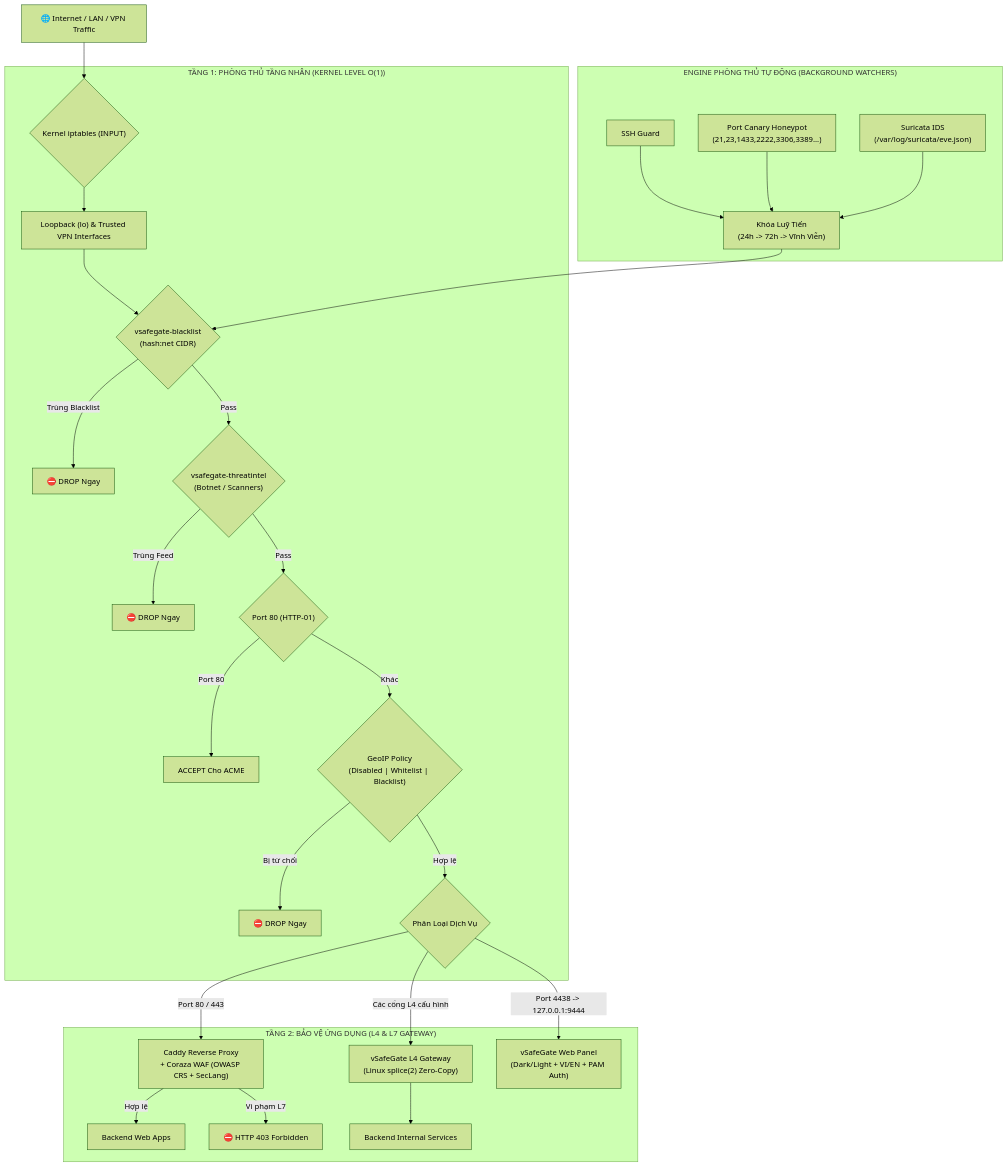
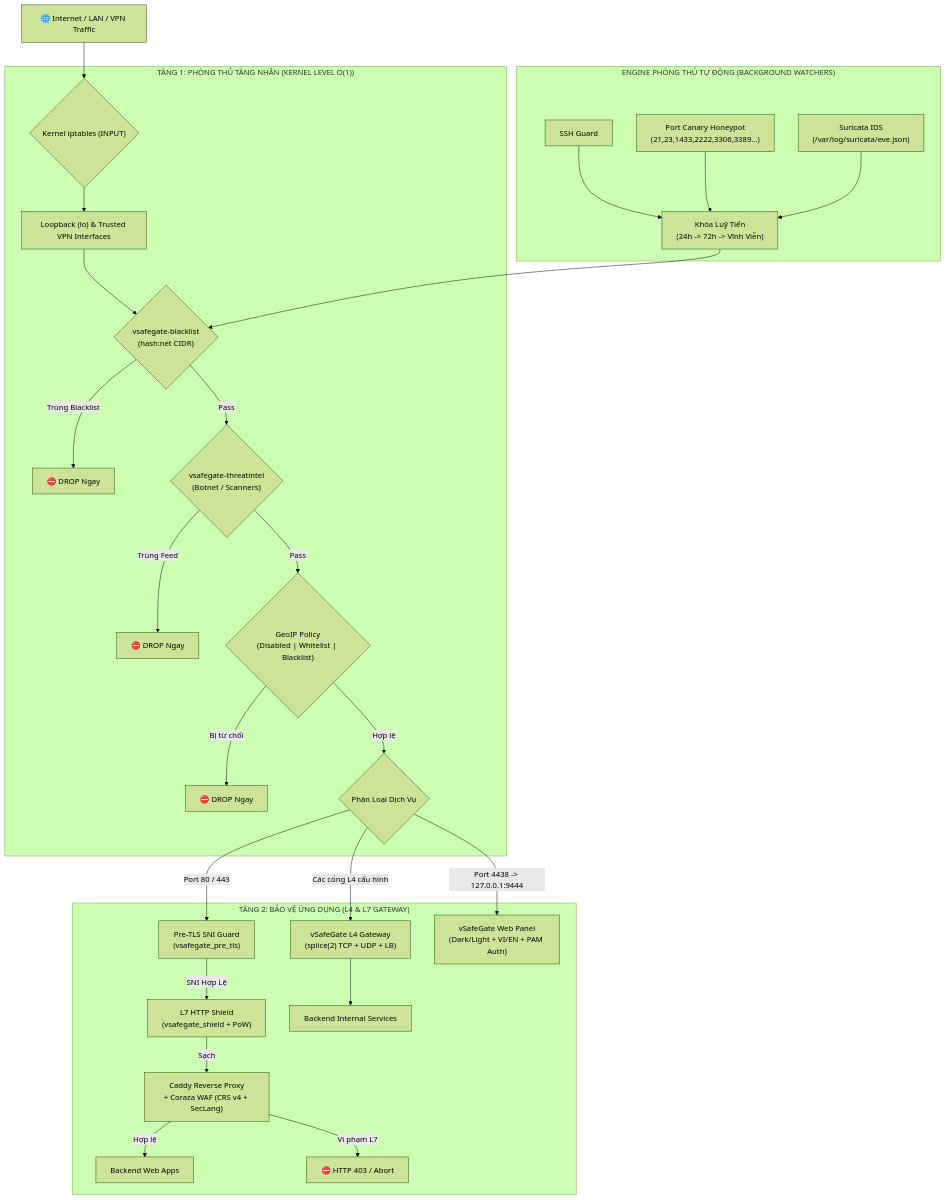
Before and after one commit to daovantrong/vSafeGate: the diagram in README.vi.md, drawn with Mermaid (forest theme). The commit also changed other lines of this file and 57 other files, not shown here.

Commit message:
feat: full vSafeGate security upgrade, Panel SSL, alerts, wizard, CLI & docs

````diff
--- a/README.vi.md
+++ b/README.vi.md
@@ -117,40 +127,39 @@
 ```mermaid
 flowchart TD
     Client["🌐 Internet / LAN / VPN Traffic"] --> IPTables{"Kernel iptables (INPUT)"}
 
     subgraph Tier1["TẦNG 1: PHÒNG THỦ TẦNG NHÂN (KERNEL LEVEL O(1))"]
         IPTables --> TrustedIF["Loopback (lo) & Trusted VPN Interfaces"]
         TrustedIF --> SetBlacklist{"vsafegate-blacklist\n(hash:net CIDR)"}
         SetBlacklist -- "Trùng Blacklist" --> Drop1["⛔ DROP Ngay"]
 
         SetBlacklist -- "Pass" --> SetThreat{"vsafegate-threatintel\n(Botnet / Scanners)"}
         SetThreat -- "Trùng Feed" --> Drop2["⛔ DROP Ngay"]
 
-        SetThreat -- "Pass" --> RuleHTTP{"Port 80 (HTTP-01)"}
-        RuleHTTP -- "Port 80" --> Accept1["ACCEPT Cho ACME"]
-
-        RuleHTTP -- "Khác" --> SetGeo{"GeoIP Policy\n(Disabled | Whitelist | Blacklist)"}
+        SetThreat -- "Pass" --> SetGeo{"GeoIP Policy\n(Disabled | Whitelist | Blacklist)"}
         SetGeo -- "Bị từ chối" --> Drop3["⛔ DROP Ngay"]
         SetGeo -- "Hợp lệ" --> Dispatcher
     end
 
     subgraph Tier2["TẦNG 2: BẢO VỆ ỨNG DỤNG (L4 & L7 GATEWAY)"]
         Dispatcher{"Phân Loại Dịch Vụ"}
 
-        Dispatcher -- "Port 80 / 443" --> CaddyWAF["Caddy Reverse Proxy\n+ Coraza WAF (OWASP CRS + SecLang)"]
+        Dispatcher -- "Port 80 / 443" --> PreTLS["Pre-TLS SNI Guard\n(vsafegate_pre_tls)"]
+        PreTLS -- "SNI Hợp Lệ" --> Shield["L7 HTTP Shield\n(vsafegate_shield + PoW)"]
+        Shield -- "Sạch" --> CaddyWAF["Caddy Reverse Proxy\n+ Coraza WAF (CRS v4 + SecLang)"]
         CaddyWAF -- "Hợp lệ" --> WebUpstream["Backend Web Apps"]
-        CaddyWAF -- "Vi phạm L7" --> Block403["⛔ HTTP 403 Forbidden"]
+        CaddyWAF -- "Vi phạm L7" --> Block403["⛔ HTTP 403 / Abort"]
 
-        Dispatcher -- "Các cổng L4 cấu hình" --> L4Proxy["vSafeGate L4 Gateway\n(Linux splice(2) Zero-Copy)"]
+        Dispatcher -- "Các cổng L4 cấu hình" --> L4Proxy["vSafeGate L4 Gateway\n(splice(2) TCP + UDP + LB)"]
         L4Proxy --> BackendL4["Backend Internal Services"]
 
         Dispatcher -- "Port 4438 -> 127.0.0.1:9444" --> AdminPanel["vSafeGate Web Panel\n(Dark/Light + VI/EN + PAM Auth)"]
     end
 
     subgraph DefenseEngine["ENGINE PHÒNG THỦ TỰ ĐỘNG (BACKGROUND WATCHERS)"]
         SSHGuardWatcher["SSH Guard"] --> EscalationBan["Khóa Luỹ Tiến\n(24h -> 72h -> Vĩnh Viễn)"]
         CanaryHoneypot["Port Canary Honeypot\n(21,23,1433,2222,3306,3389...)"] --> EscalationBan
         SuricataIDS["Suricata IDS\n(/var/log/suricata/eve.json)"] --> EscalationBan
         EscalationBan --> SetBlacklist
     end
 ```
````
